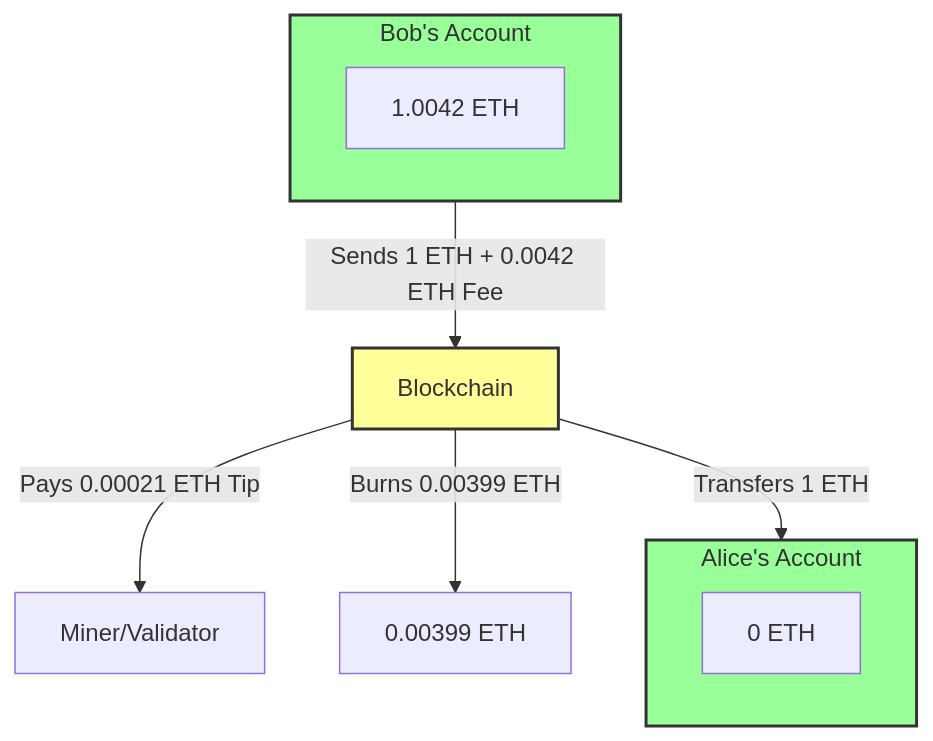
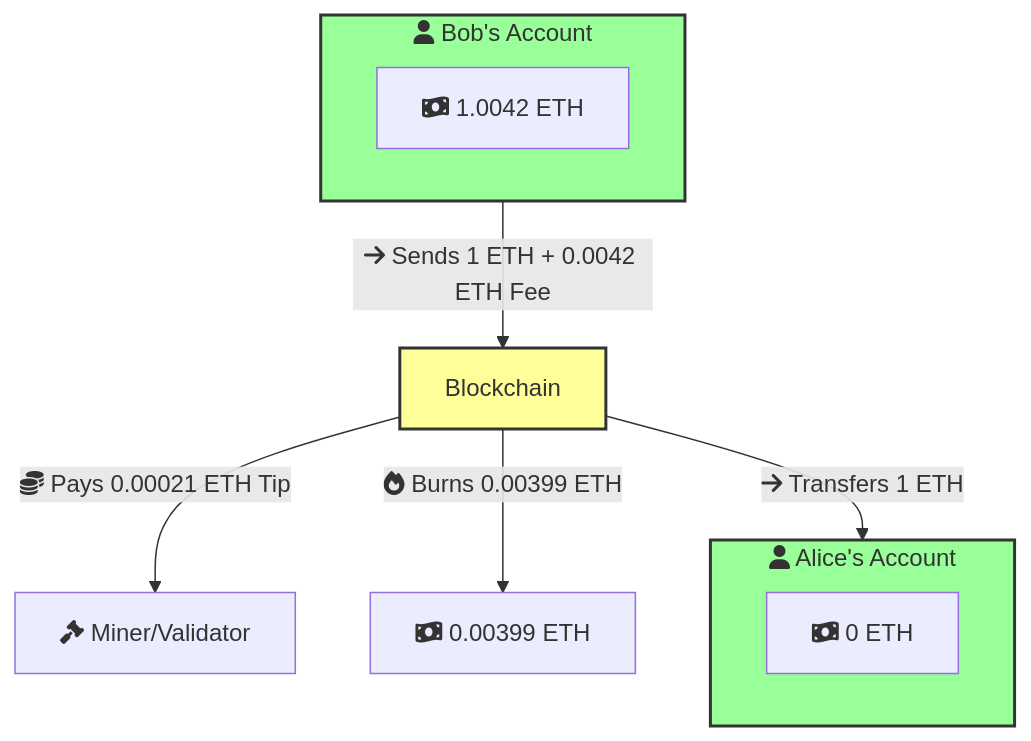
The eighth of 22 diagrams in _posts/2024-07-06-blockchain-for-dummies.md (kelvin-bz/blog), drawn with Mermaid before and after one commit. The commit also changed other lines of this file, not shown here.

````diff
--- a/_posts/2024-07-06-blockchain-for-dummies.md
+++ b/_posts/2024-07-06-blockchain-for-dummies.md
@@ -242,21 +243,21 @@
 ```mermaid
 graph TD
-    subgraph UserA["Bob's Account"]
+    subgraph UserA["fa:fa-user Bob's Account"]
         style UserA fill:#9f9,stroke:#333,stroke-width:2px
-        BalanceA["1.0042 ETH"]
+        BalanceA["fa:fa-money-bill-wave 1.0042 ETH"]
     end
 
-        style Blockchain fill:#ff9,stroke:#333,stroke-width:2px
-        Miner["Miner/Validator"]
+    style Blockchain fill:#ff9,stroke:#333,stroke-width:2px
+    Miner["fa:fa-gavel Miner/Validator"]
     
-    subgraph UserB["Alice's Account"]
+    subgraph UserB["fa:fa-user Alice's Account"]
         style UserB fill:#9f9,stroke:#333,stroke-width:2px
-        BalanceB["0 ETH"]
+        BalanceB["fa:fa-money-bill-wave 0 ETH"]
     end
 
-    UserA --"Sends 1 ETH + 0.0042 ETH Fee"--> Blockchain
-    Blockchain --"Transfers 1 ETH"--> UserB
-    Blockchain --"Pays 0.00021 ETH Tip"--> Miner
-    Blockchain --"Burns 0.00399 ETH"--> LostETH["0.00399 ETH"]
+    UserA --"fa:fa-arrow-right Sends 1 ETH + 0.0042 ETH Fee"--> Blockchain
+    Blockchain --"fa:fa-arrow-right Transfers 1 ETH"--> UserB
+    Blockchain --"fa:fa-coins Pays 0.00021 ETH Tip"--> Miner
+    Blockchain --"fa:fa-fire Burns 0.00399 ETH"--> LostETH["fa:fa-money-bill-wave 0.00399 ETH"]
 
 ```
````
